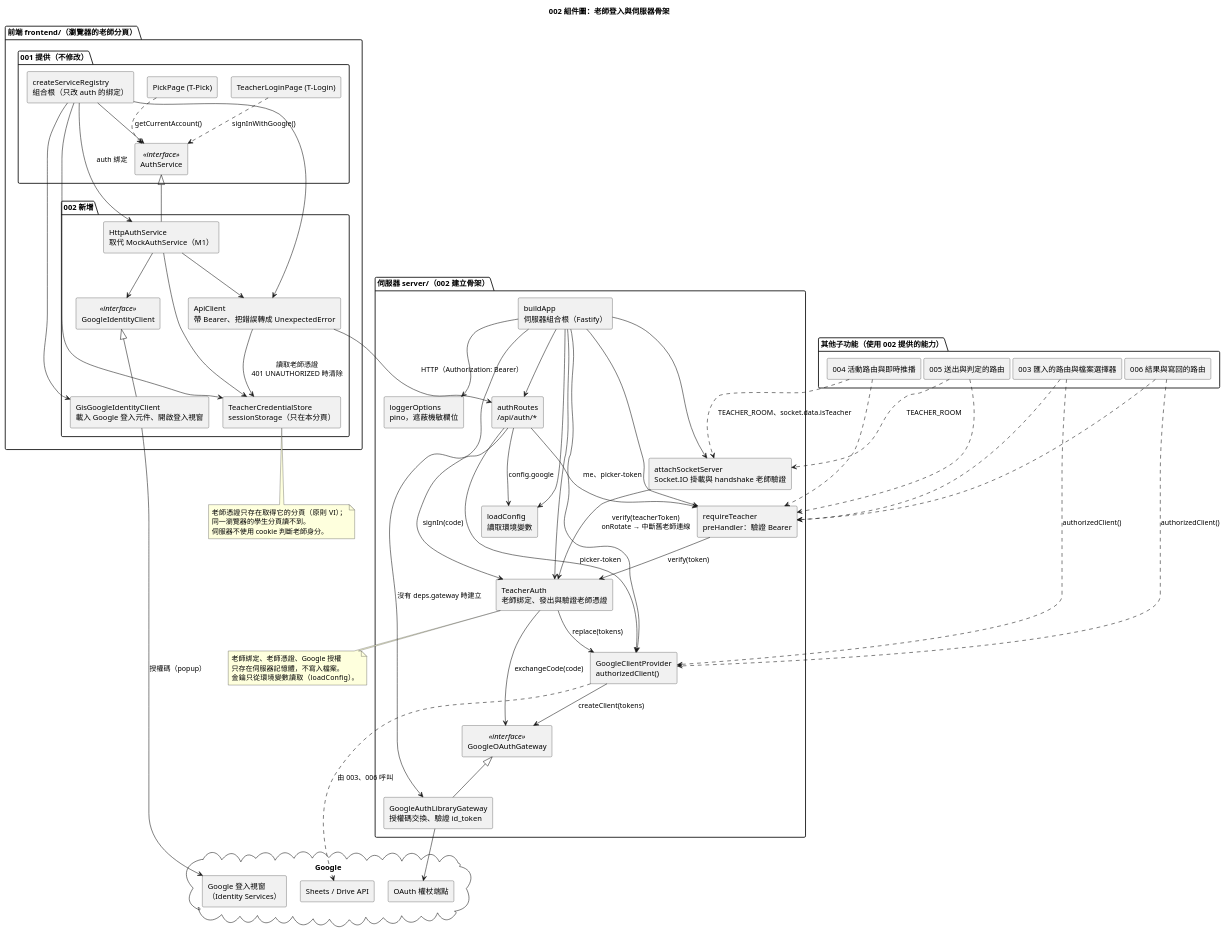
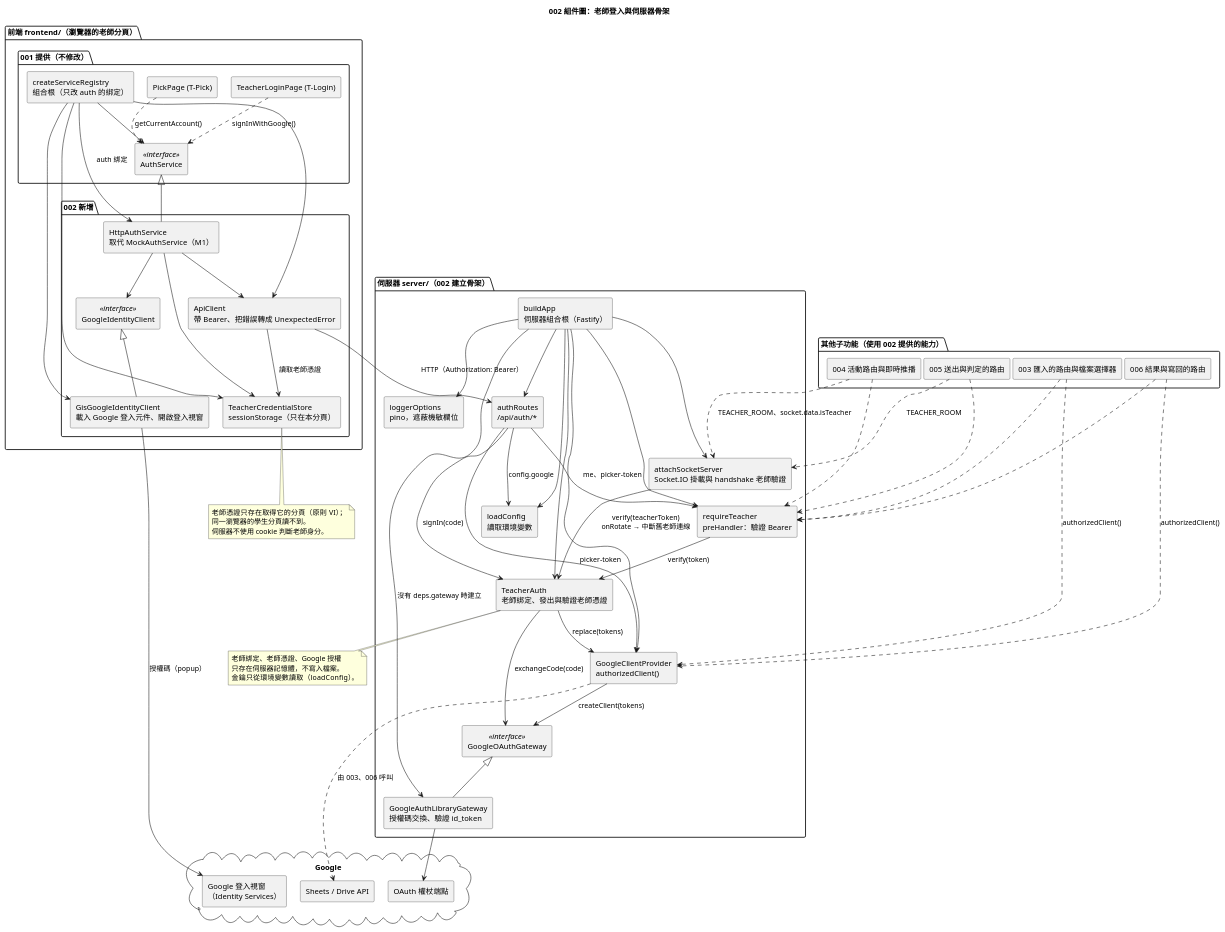
One commit to Ting10-01/quiz_buzzer_speckit changed the diagram in diagrams/002-component.puml. Above: the diagram before and after it, drawn with PlantUML. The commit also changed 9 other files, not shown here.

```diff
--- a/diagrams/002-component.puml
+++ b/diagrams/002-component.puml
@@ -1,109 +1,109 @@
 @startuml 002-component
 title 002 組件圖：老師登入與伺服器骨架
 
 skinparam defaultFontName "PingFang TC"
 skinparam componentStyle rectangle
 skinparam nodesep 25
 skinparam ranksep 55
 
 package "前端 frontend/（瀏覽器的老師分頁）" {
   package "001 提供（不修改）" as F001 {
     component "TeacherLoginPage (T-Login)" as PLogin
     component "PickPage (T-Pick)" as PPick
     component "AuthService" <<interface>> as IAuth
     component "createServiceRegistry\n組合根（只改 auth 的綁定）" as Registry
   }
   package "002 新增" as F002 {
     component "HttpAuthService\n取代 MockAuthService（M1）" as HAuth
     component "GoogleIdentityClient" <<interface>> as IGis
     component "GisGoogleIdentityClient\n載入 Google 登入元件、開啟登入視窗" as Gis
     component "ApiClient\n帶 Bearer、把錯誤轉成 UnexpectedError" as Api
     component "TeacherCredentialStore\nsessionStorage（只在本分頁）" as Cred
   }
 }
 
 package "伺服器 server/（002 建立骨架）" {
   component "buildApp\n伺服器組合根（Fastify）" as App
   component "loadConfig\n讀取環境變數" as Config
   component "loggerOptions\npino，遮蔽機敏欄位" as Logger
   component "authRoutes\n/api/auth/*" as Routes
   component "requireTeacher\npreHandler：驗證 Bearer" as Guard
   component "TeacherAuth\n老師綁定、發出與驗證老師憑證" as TAuth
   component "GoogleOAuthGateway" <<interface>> as IGw
   component "GoogleAuthLibraryGateway\n授權碼交換、驗證 id_token" as Gw
   component "GoogleClientProvider\nauthorizedClient()" as Provider
   component "attachSocketServer\nSocket.IO 掛載與 handshake 老師驗證" as Sock
 }
 
 package "其他子功能（使用 002 提供的能力）" as Others {
   component "003 匯入的路由與檔案選擇器" as U003
   component "004 活動路由與即時推播" as U004
   component "005 送出與判定的路由" as U005
   component "006 結果與寫回的路由" as U006
 }
 
 cloud "Google" {
   component "Google 登入視窗\n（Identity Services）" as GIS
   component "OAuth 權杖端點" as GToken
   component "Sheets / Drive API" as GApi
 }
 
 PLogin ..> IAuth : signInWithGoogle()
 PPick ..> IAuth : getCurrentAccount()
 Registry --> IAuth
 Registry --> HAuth : auth 綁定
 Registry --> Gis
 Registry --> Api
 Registry --> Cred
 HAuth -up-|> IAuth
 HAuth --> IGis
 Gis -up-|> IGis
 HAuth --> Api
 HAuth --> Cred
-Api --> Cred : 讀取老師憑證\n401 UNAUTHORIZED 時清除
+Api --> Cred : 讀取老師憑證
 Gis --> GIS : 授權碼（popup）
 
 Api --> Routes : HTTP（Authorization: Bearer）
 App --> Config
 App --> Logger
 App --> Routes
 App --> Guard
 App --> Sock
 App --> TAuth
 App --> Provider
 App --> Gw : 沒有 deps.gateway 時建立
 Routes --> Config : config.google
 Routes --> Guard : me、picker-token
 Routes --> TAuth : signIn(code)
 Routes --> Provider : picker-token
 Guard --> TAuth : verify(token)
 Sock --> TAuth : verify(teacherToken)\nonRotate → 中斷舊老師連線
 TAuth --> IGw : exchangeCode(code)
 Gw -up-|> IGw
 Gw --> GToken
 TAuth --> Provider : replace(tokens)
 Provider --> IGw : createClient(tokens)
 
 U003 ..> Guard
 U004 ..> Guard
 U005 ..> Guard
 U006 ..> Guard
 U003 ..> Provider : authorizedClient()
 U006 ..> Provider : authorizedClient()
 U004 ..> Sock : TEACHER_ROOM、socket.data.isTeacher
 U005 ..> Sock : TEACHER_ROOM
 Provider ..> GApi : 由 003、006 呼叫
 
 note bottom of Cred
   老師憑證只存在取得它的分頁（原則 VI）；
   同一瀏覽器的學生分頁讀不到。
   伺服器不使用 cookie 判斷老師身分。
 end note
 
 note bottom of TAuth
   老師綁定、老師憑證、Google 授權
   只存在伺服器記憶體，不寫入檔案。
   金鑰只從環境變數讀取（loadConfig）。
 end note
 
 @enduml
```
